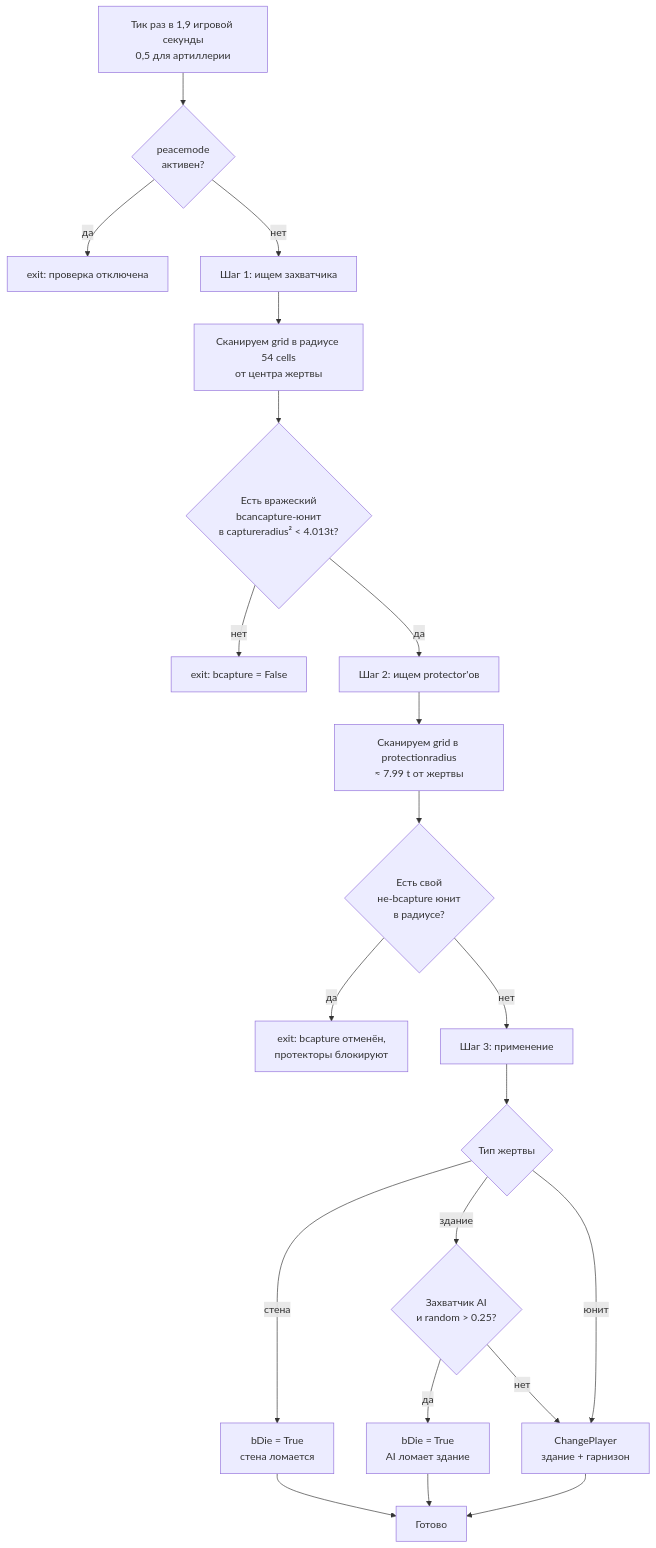
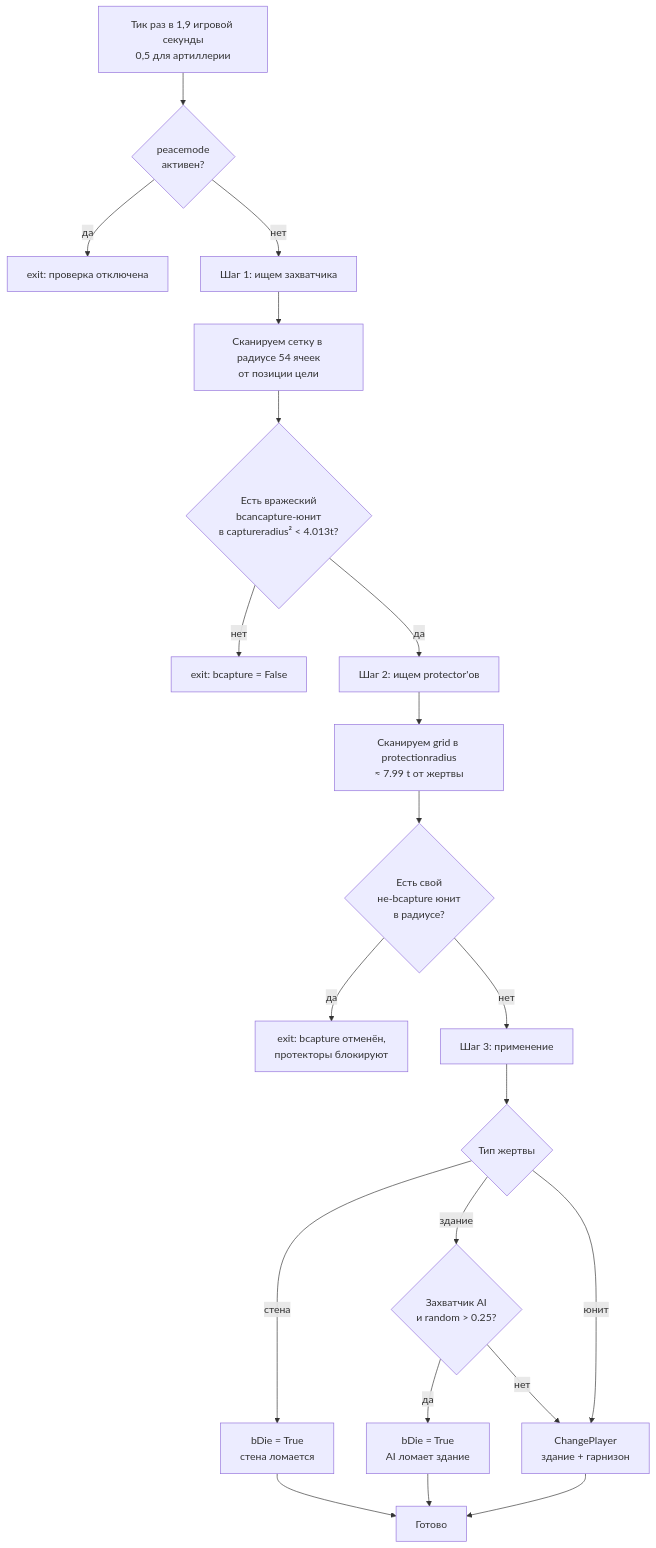
The diagram in internals/scripts/capture_mechanics_evidence.md (anyalink99/cossacks-3-almanac), drawn with Mermaid before and after one commit. The commit also changed other lines of this file and 246 other files, not shown here.

````diff
--- a/internals/scripts/capture_mechanics_evidence.md
+++ b/internals/scripts/capture_mechanics_evidence.md
@@ -140,23 +142,23 @@
 ```mermaid
 flowchart TD
     Tick[Тик раз в 1,9 игровой секунды<br/>0,5 для артиллерии] --> Peace{peacemode<br/>активен?}
     Peace -- да --> Stop1[exit: проверка отключена]
     Peace -- нет --> Step1[Шаг 1: ищем захватчика]
-    Step1 --> Scan[Сканируем grid в радиусе 54 cells<br/>от центра жертвы]
+    Step1 --> Scan[Сканируем сетку в радиусе 54 ячеек<br/>от позиции цели]
     Scan --> Found{Есть вражеский<br/>bcancapture-юнит<br/>в captureradius² &lt; 4.013t?}
     Found -- нет --> Stop2[exit: bcapture = False]
     Found -- да --> Step2[Шаг 2: ищем protector'ов]
     Step2 --> Scan2[Сканируем grid в protectionradius<br/>≈ 7.99 t от жертвы]
     Scan2 --> Prot{Есть свой<br/>не-bcapture юнит<br/>в радиусе?}
     Prot -- да --> Stop3[exit: bcapture отменён,<br/>протекторы блокируют]
     Prot -- нет --> Step3[Шаг 3: применение]
     Step3 --> Type{Тип жертвы}
     Type -- стена --> Die1[bDie = True<br/>стена ломается]
     Type -- здание --> AICheck{Захватчик AI<br/>и random &gt; 0.25?}
     AICheck -- да --> Die2[bDie = True<br/>AI ломает здание]
     AICheck -- нет --> Change[ChangePlayer<br/>здание + гарнизон]
     Type -- юнит --> Change
     Change --> Done[Готово]
     Die1 --> Done
     Die2 --> Done
 ```
````
